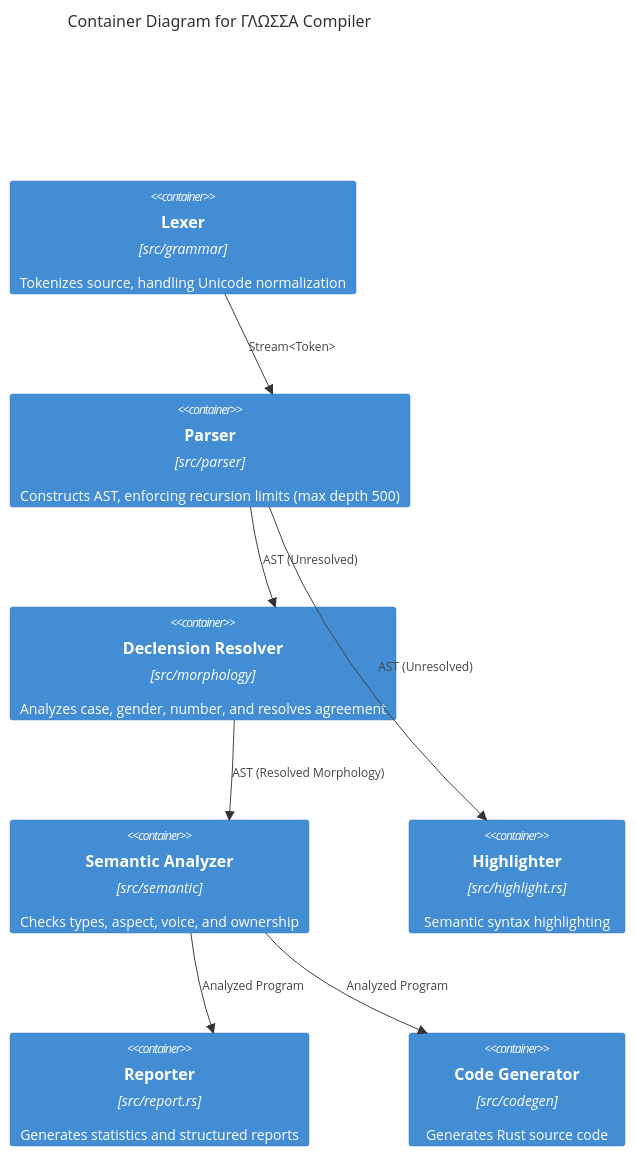
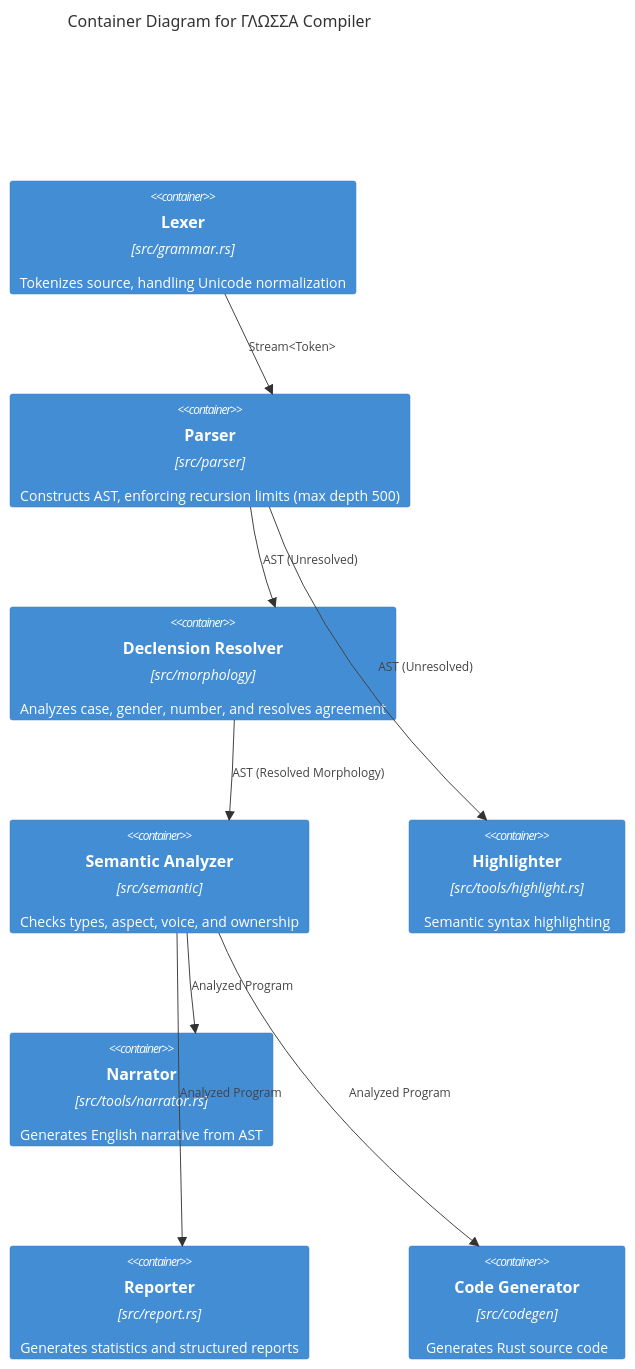
Before and after one commit to madmax983/glossa: the second of 3 diagrams in docs/architecture.md, drawn with Mermaid. The commit also changed 8 other files, not shown here.

````diff
--- a/docs/architecture.md
+++ b/docs/architecture.md
@@ -26,19 +26,21 @@
 ```mermaid
 C4Container
     title Container Diagram for ΓΛΩΣΣΑ Compiler
 
-    Container(lexer, "Lexer", "src/grammar", "Tokenizes source, handling Unicode normalization")
+    Container(lexer, "Lexer", "src/grammar.rs", "Tokenizes source, handling Unicode normalization")
     Container(parser, "Parser", "src/parser", "Constructs AST, enforcing recursion limits (max depth 500)")
     Container(morphology, "Declension Resolver", "src/morphology", "Analyzes case, gender, number, and resolves agreement")
     Container(semantic, "Semantic Analyzer", "src/semantic", "Checks types, aspect, voice, and ownership")
-    Container(highlight, "Highlighter", "src/highlight.rs", "Semantic syntax highlighting")
+    Container(highlight, "Highlighter", "src/tools/highlight.rs", "Semantic syntax highlighting")
+    Container(narrator, "Narrator", "src/tools/narrator.rs", "Generates English narrative from AST")
     Container(report, "Reporter", "src/report.rs", "Generates statistics and structured reports")
     Container(codegen, "Code Generator", "src/codegen", "Generates Rust source code")
 
     Rel(lexer, parser, "Stream<Token>")
     Rel(parser, morphology, "AST (Unresolved)")
     Rel(parser, highlight, "AST (Unresolved)")
     Rel(morphology, semantic, "AST (Resolved Morphology)")
     Rel(semantic, report, "Analyzed Program")
+    Rel(semantic, narrator, "Analyzed Program")
     Rel(semantic, codegen, "Analyzed Program")
 ```
````
